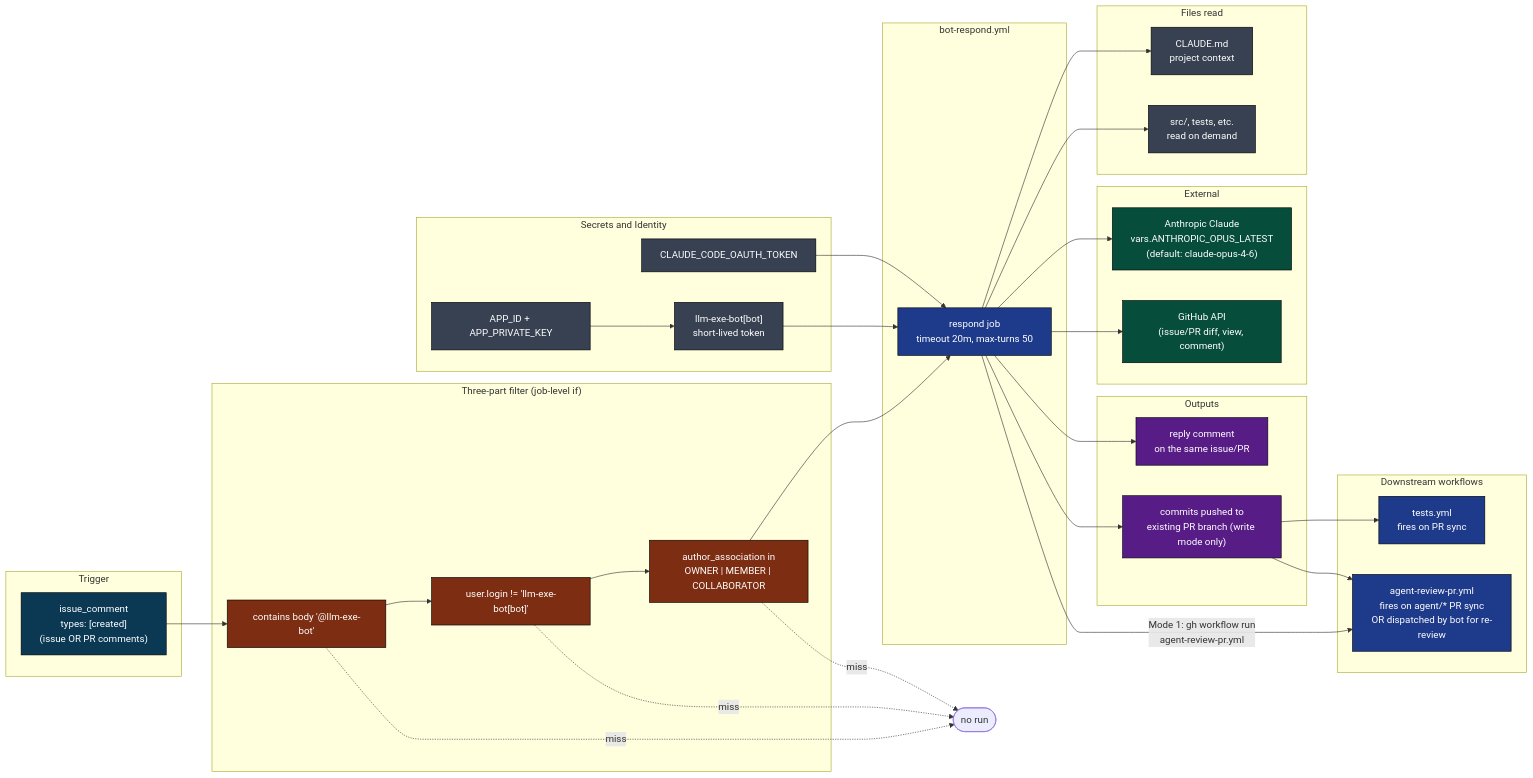
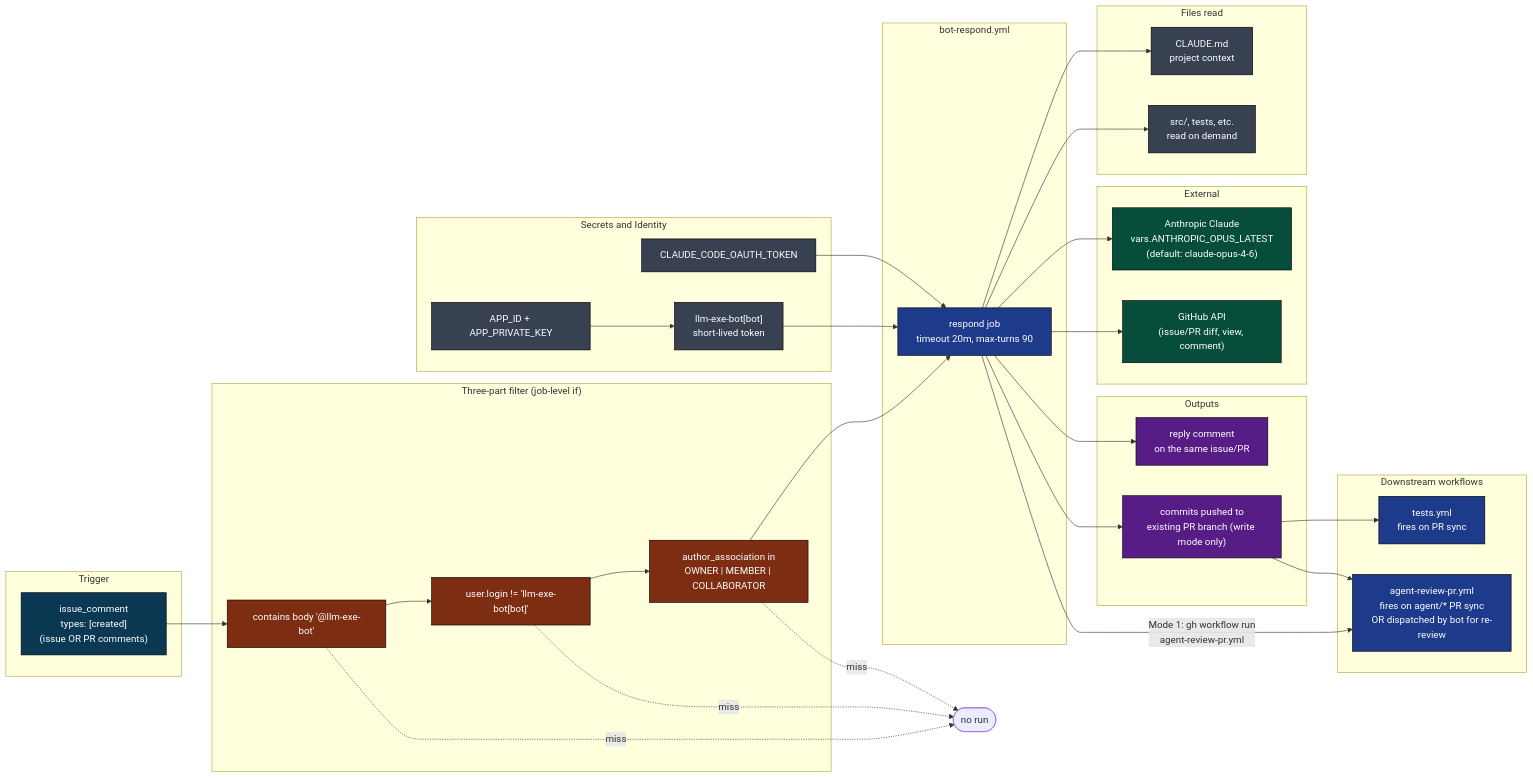
Before and after one commit to llm-exe/llm-exe: the first of 13 diagrams in .github/docs/BOT_RESPOND_DEEP_DIVE.md, drawn with Mermaid. The commit also changed other lines of this file and 2 other files, not shown here.

First line of the commit message:
docs: sync bot-respond deep dive after max-turns bump to 90

````diff
--- a/.github/docs/BOT_RESPOND_DEEP_DIVE.md
+++ b/.github/docs/BOT_RESPOND_DEEP_DIVE.md
@@ -31,66 +31,66 @@
 ```mermaid
 flowchart LR
     classDef trig fill:#0b3954,color:#fff,stroke:#000
     classDef gate fill:#7c2d12,color:#fff,stroke:#000
     classDef job fill:#1e3a8a,color:#fff,stroke:#000
     classDef ext fill:#064e3b,color:#fff,stroke:#000
     classDef file fill:#374151,color:#fff,stroke:#000
     classDef out fill:#581c87,color:#fff,stroke:#000
 
     subgraph T["Trigger"]
         c1["issue_comment\ntypes: [created]\n(issue OR PR comments)"]:::trig
     end
 
     subgraph G["Three-part filter (job-level if)"]
         f1["contains body '@llm-exe-bot'"]:::gate
         f2["user.login != 'llm-exe-bot[bot]'"]:::gate
         f3["author_association in\nOWNER | MEMBER | COLLABORATOR"]:::gate
     end
 
     subgraph A["bot-respond.yml"]
-        R["respond job\ntimeout 20m, max-turns 50"]:::job
+        R["respond job\ntimeout 20m, max-turns 90"]:::job
     end
 
     subgraph S["Secrets and Identity"]
         s1["APP_ID + APP_PRIVATE_KEY"]:::file
         s2["CLAUDE_CODE_OAUTH_TOKEN"]:::file
         bot["llm-exe-bot[bot]\nshort-lived token"]:::file
     end
 
     subgraph F["Files read"]
         cl["CLAUDE.md\nproject context"]:::file
         src["src/, tests, etc.\nread on demand"]:::file
     end
 
     subgraph X["External"]
         gh["GitHub API\n(issue/PR diff, view, comment)"]:::ext
         ant["Anthropic Claude\nvars.ANTHROPIC_OPUS_LATEST\n(default: claude-opus-4-6)"]:::ext
     end
 
     subgraph O["Outputs"]
         cmt["reply comment\non the same issue/PR"]:::out
         commits["commits pushed to\nexisting PR branch (write mode only)"]:::out
     end
 
     subgraph D["Downstream workflows"]
         tst["tests.yml\nfires on PR sync"]:::job
         rev["agent-review-pr.yml\nfires on agent/* PR sync\nOR dispatched by bot for re-review"]:::job
     end
 
     c1 --> f1 --> f2 --> f3 --> R
     f1 -.->|miss| skip(["no run"])
     f2 -.->|miss| skip
     f3 -.->|miss| skip
     s1 --> bot
     bot --> R
     s2 --> R
     R --> cl
     R --> src
     R --> ant
     R --> gh
     R --> cmt
     R --> commits
     R -->|"Mode 1: gh workflow run\nagent-review-pr.yml"| rev
     commits --> tst
     commits --> rev
 ```
````
